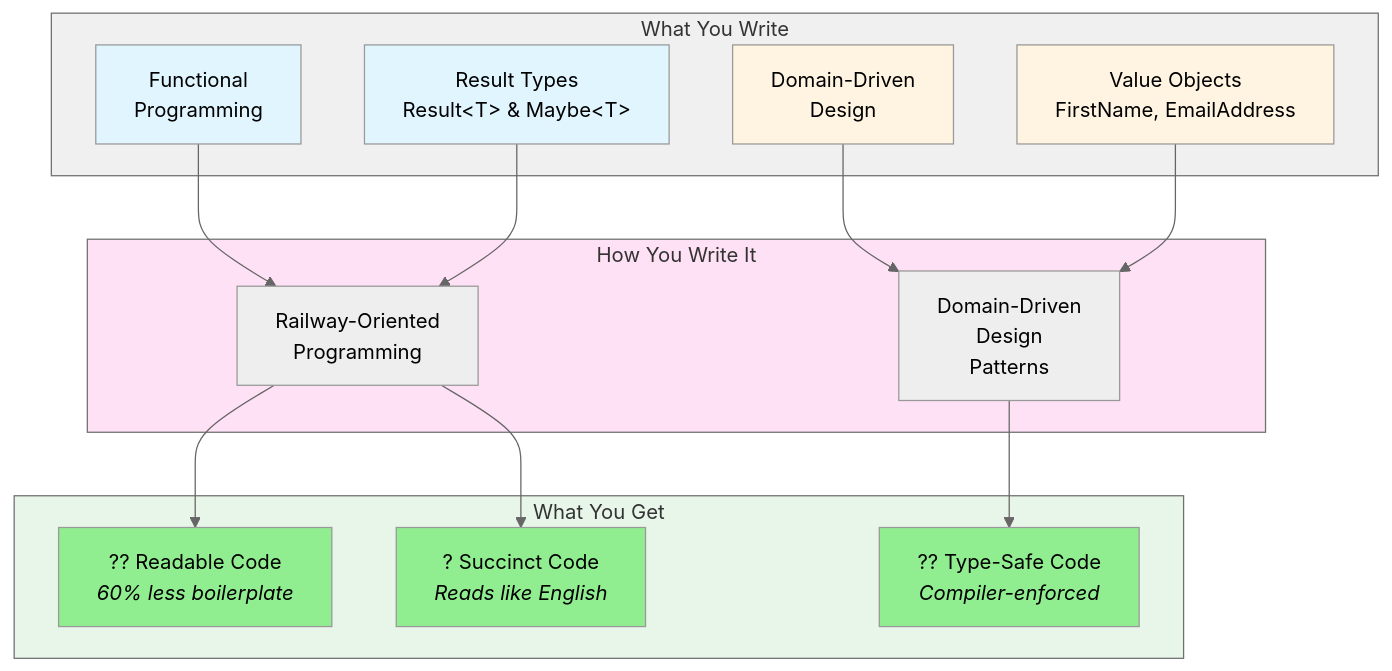
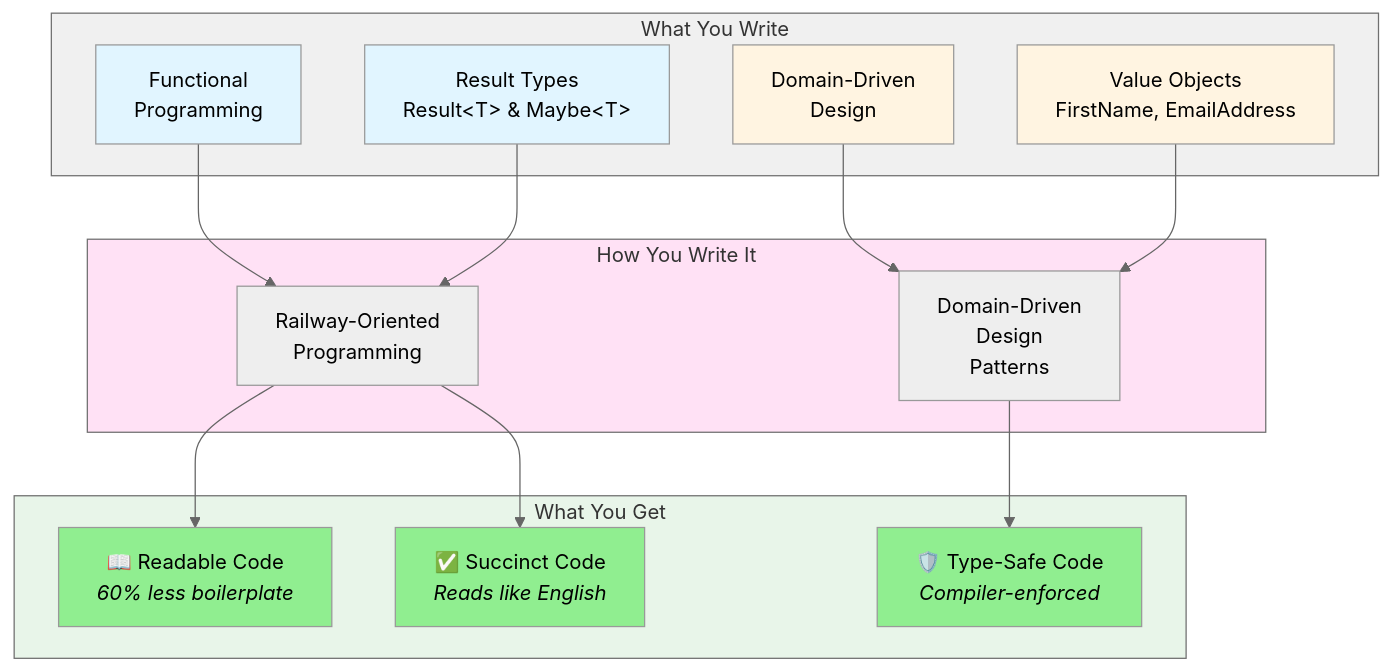
Before and after one commit to xavierjohn/FunctionalDDD: the first of 2 diagrams in docs/docfx_project/index.md, drawn with Mermaid (neutral theme). The commit also changed other lines of this file and 22 other files, not shown here.

````diff
--- a/docs/docfx_project/index.md
+++ b/docs/docfx_project/index.md
@@ -5,42 +7,42 @@
 ```mermaid
 graph TB
     subgraph Input["What You Write"]
         FP[Functional<br/>Programming]
         RT[Result Types<br/>Result&lt;T&gt; & Maybe&lt;T&gt;]
         DDD_IN[Domain-Driven<br/>Design]
         VO[Value Objects<br/>FirstName, EmailAddress]
     end
     
     subgraph Pattern["How You Write It"]
         ROP[Railway-Oriented<br/>Programming]
         DDD_PAT[Domain-Driven<br/>Design<br/>Patterns]
     end
     
     subgraph Output["What You Get"]
-        READ[?? Readable Code<br/><i>60% less boilerplate</i>]
-        SUCC[? Succinct Code<br/><i>Reads like English</i>]
-        SAFE[?? Type-Safe Code<br/><i>Compiler-enforced</i>]
+        READ[📖 Readable Code<br/><i>60% less boilerplate</i>]
+        SUCC[✅ Succinct Code<br/><i>Reads like English</i>]
+        SAFE[🛡️ Type-Safe Code<br/><i>Compiler-enforced</i>]
     end
     
     FP --> ROP
     RT --> ROP
     DDD_IN --> DDD_PAT
     VO --> DDD_PAT
     
     ROP --> READ
     ROP --> SUCC
     DDD_PAT --> SAFE
     
     style Input fill:#F0F0F0
     style Pattern fill:#FFE1F5
     style Output fill:#E8F5E9
     
     style FP fill:#E1F5FF
     style RT fill:#E1F5FF
     style DDD_IN fill:#FFF4E1
     style VO fill:#FFF4E1
     
     style READ fill:#90EE90
     style SUCC fill:#90EE90
     style SAFE fill:#90EE90
 ```
````
